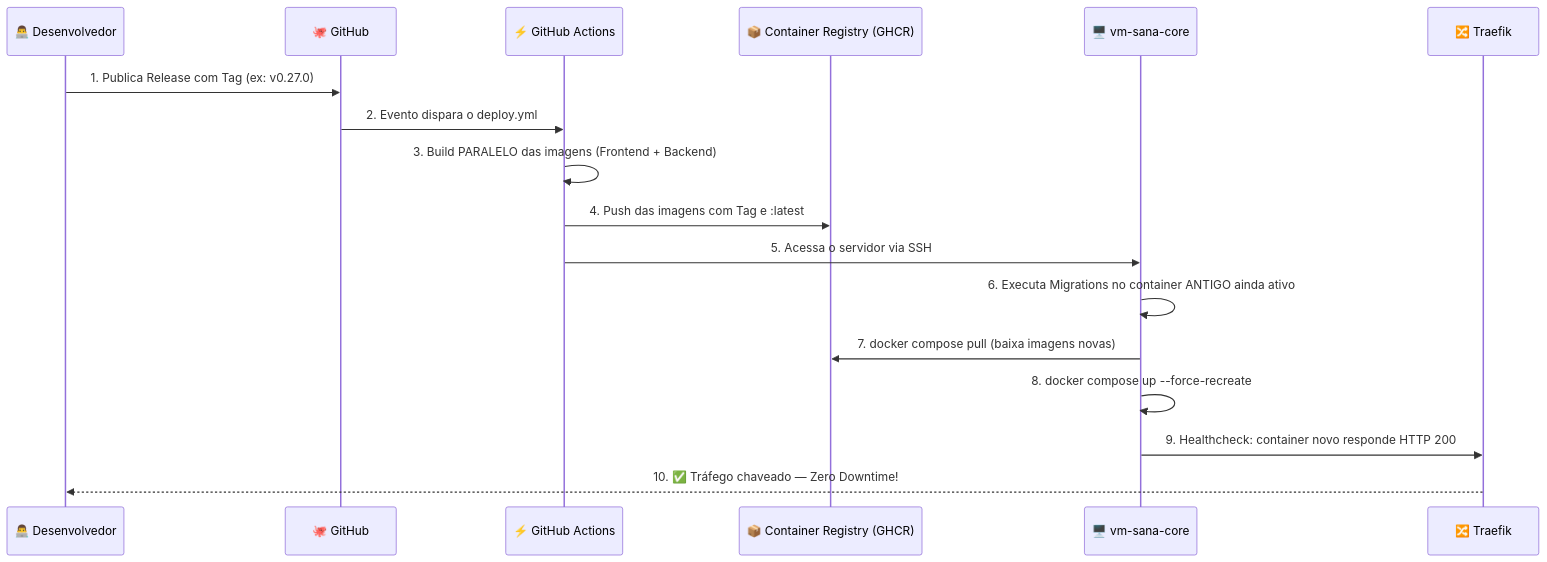
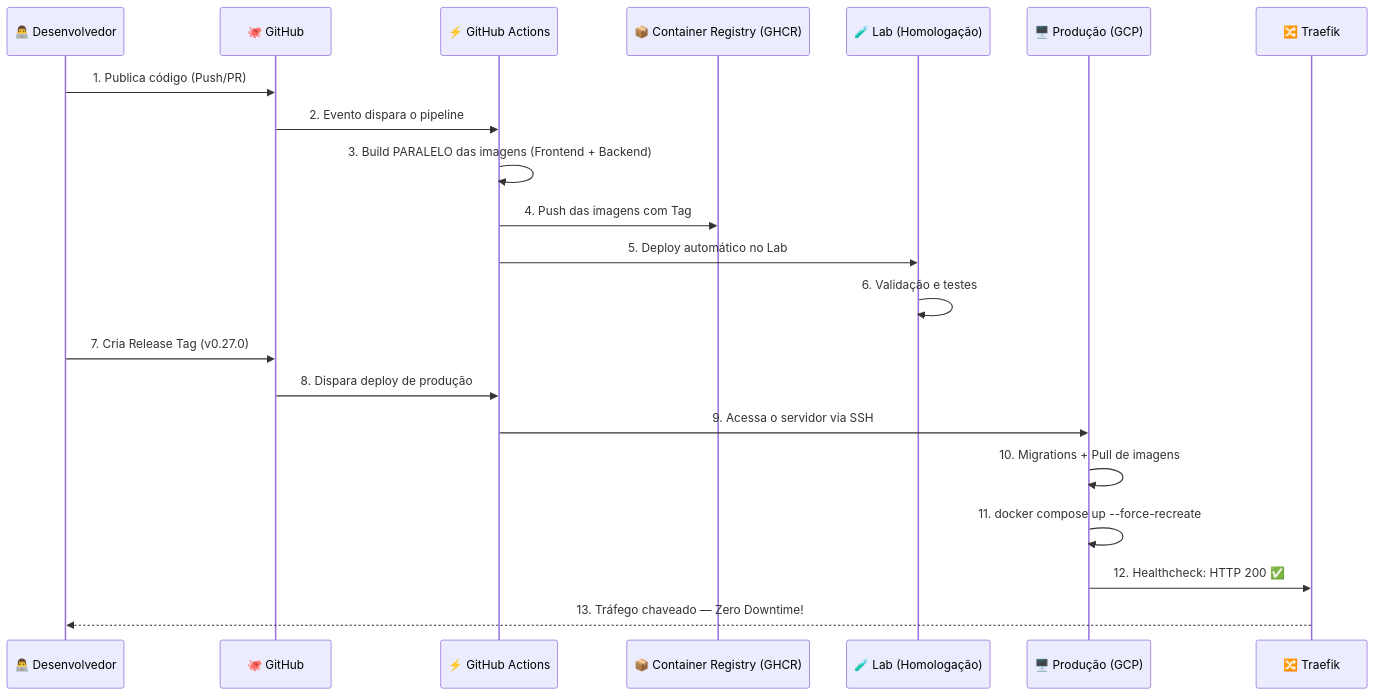
One commit to rofilho/cloud changed the fourth of 5 diagrams in content/Aula 11.5 - Pratica CI CD e Arquitetura Cloud - Estudo de Caso.md. Above: the diagram before and after it, drawn with Mermaid. The commit also changed other lines of this file, not shown here.

Commit message:
fix: Atualiza Aula 11.5 - remove dados sensiveis, adiciona observabilidade e GCP

````diff
--- a/content/Aula 11.5 - Pratica CI CD e Arquitetura Cloud - Estudo de Caso.md
+++ b/content/Aula 11.5 - Pratica CI CD e Arquitetura Cloud - Estudo de Caso.md
@@ -146,20 +188,24 @@
 ```mermaid
 sequenceDiagram
     participant Dev as 👨‍💻 Desenvolvedor
     participant Git as 🐙 GitHub
     participant GHA as ⚡ GitHub Actions
     participant GHCR as 📦 Container Registry (GHCR)
-    participant Prod as 🖥️ vm-sana-core
+    participant Lab as 🧪 Lab (Homologação)
+    participant Prod as 🖥️ Produção (GCP)
     participant TR as 🔀 Traefik
 
-    Dev->>Git: 1. Publica Release com Tag (ex: v0.27.0)
-    Git->>GHA: 2. Evento dispara o deploy.yml
+    Dev->>Git: 1. Publica código (Push/PR)
+    Git->>GHA: 2. Evento dispara o pipeline
     GHA->>GHA: 3. Build PARALELO das imagens (Frontend + Backend)
-    GHA->>GHCR: 4. Push das imagens com Tag e :latest
-    GHA->>Prod: 5. Acessa o servidor via SSH
-    Prod->>Prod: 6. Executa Migrations no container ANTIGO ainda ativo
-    Prod->>GHCR: 7. docker compose pull (baixa imagens novas)
-    Prod->>Prod: 8. docker compose up --force-recreate
-    Prod->>TR: 9. Healthcheck: container novo responde HTTP 200
-    TR-->>Dev: 10. ✅ Tráfego chaveado — Zero Downtime!
+    GHA->>GHCR: 4. Push das imagens com Tag
+    GHA->>Lab: 5. Deploy automático no Lab
+    Lab->>Lab: 6. Validação e testes
+    Dev->>Git: 7. Cria Release Tag (v0.27.0)
+    Git->>GHA: 8. Dispara deploy de produção
+    GHA->>Prod: 9. Acessa o servidor via SSH
+    Prod->>Prod: 10. Migrations + Pull de imagens
+    Prod->>Prod: 11. docker compose up --force-recreate
+    Prod->>TR: 12. Healthcheck: HTTP 200 ✅
+    TR-->>Dev: 13. Tráfego chaveado — Zero Downtime!
 ```
````
